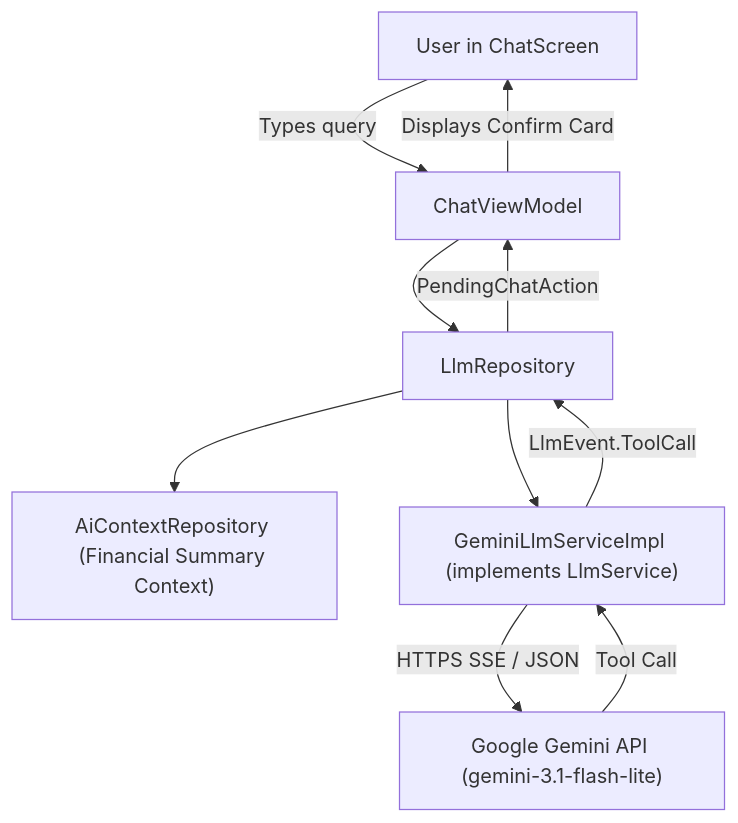
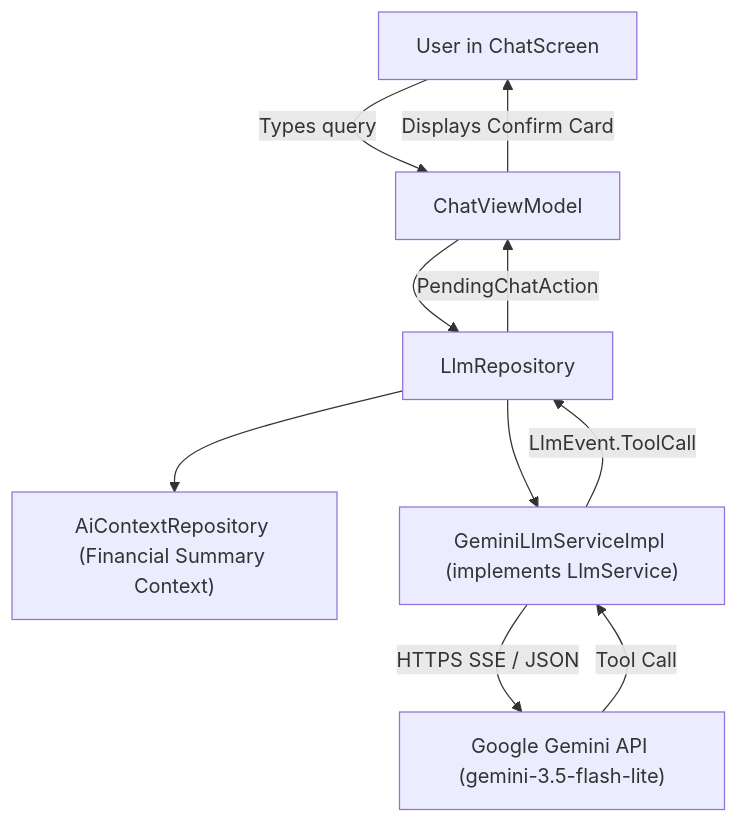
Before and after one commit to heshan-jj/mudal: the first of 2 diagrams in docs/superpowers/specs/2026-10-21-gemini-api-integration-design.md, drawn with Mermaid. The commit also changed other lines of this file, not shown here.

Commit message:
docs: update target model to gemini-3.5-flash-lite

````diff
--- a/docs/superpowers/specs/2026-10-21-gemini-api-integration-design.md
+++ b/docs/superpowers/specs/2026-10-21-gemini-api-integration-design.md
@@ -52,12 +52,12 @@
 ```mermaid
 flowchart TD
     User["User in ChatScreen"] -->|Types query| ChatVM["ChatViewModel"]
     ChatVM --> LlmRepo["LlmRepository"]
     LlmRepo --> AiContext["AiContextRepository (Financial Summary Context)"]
     LlmRepo --> GeminiService["GeminiLlmServiceImpl (implements LlmService)"]
-    GeminiService -->|HTTPS SSE / JSON| GeminiAPI["Google Gemini API (gemini-3.1-flash-lite)"]
+    GeminiService -->|HTTPS SSE / JSON| GeminiAPI["Google Gemini API (gemini-3.5-flash-lite)"]
     GeminiAPI -->|Tool Call| GeminiService
     GeminiService -->|LlmEvent.ToolCall| LlmRepo
     LlmRepo -->|PendingChatAction| ChatVM
     ChatVM -->|Displays Confirm Card| User
 ```
````
